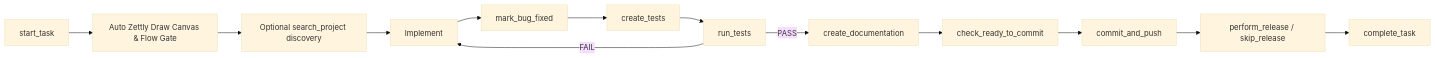
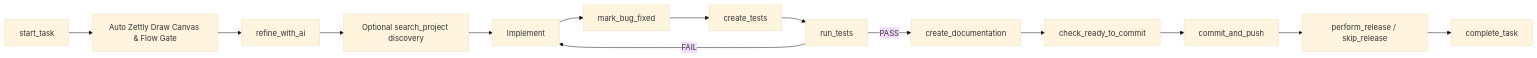
Before and after one commit to programinglive/dev-workflow: the diagram in README.md, drawn with Mermaid (base theme). The commit also changed other lines of this file and 8 other files, not shown here.

````diff
--- a/README.md
+++ b/README.md
@@ -56,15 +56,16 @@
 ```mermaid
 graph LR
     A[start_task] --> F[Auto Zettly Draw Canvas & Flow Gate]
-    F --> S[Optional search_project discovery]
+    F --> R[refine_with_ai]
+    R --> S[Optional search_project discovery]
     S --> B[Implement]
     B --> C[mark_bug_fixed]
     C --> D[create_tests]
     D --> E[run_tests]
     E -- FAIL --> B
     E -- PASS --> G[create_documentation]
     G --> H[check_ready_to_commit]
     H --> I[commit_and_push]
     I --> J[perform_release / skip_release]
     J --> K[complete_task]
 ```
````
